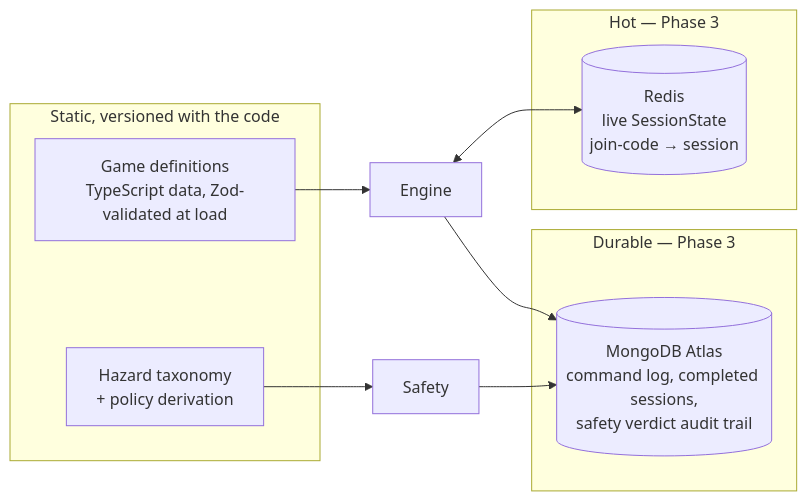
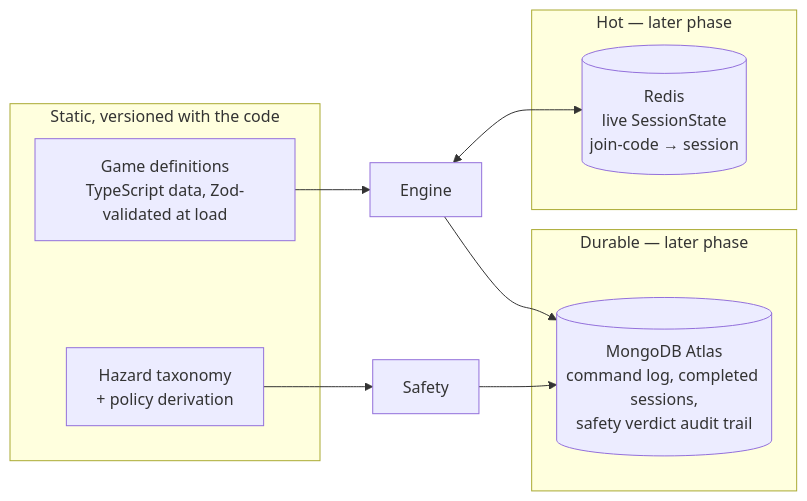
Before and after one commit to SHWETANK-SAURABH/touchgrass-game-master: the sixth of 9 diagrams in ARCHITECTURE.md, drawn with Mermaid. The commit also changed other lines of this file and 25 other files, not shown here.

````diff
--- a/ARCHITECTURE.md
+++ b/ARCHITECTURE.md
@@ -290,21 +322,21 @@
 ```mermaid
 flowchart LR
     subgraph Static["Static, versioned with the code"]
         Defs["Game definitions<br/>TypeScript data, Zod-validated at load"]
         Hazards["Hazard taxonomy<br/>+ policy derivation"]
     end
 
-    subgraph Hot["Hot — Phase 3"]
+    subgraph Hot["Hot — later phase"]
         R[("Redis<br/>live SessionState<br/>join-code → session")]
     end
 
-    subgraph Durable["Durable — Phase 3"]
+    subgraph Durable["Durable — later phase"]
         M[("MongoDB Atlas<br/>command log, completed sessions,<br/>safety verdict audit trail")]
     end
 
     Defs --> Engine["Engine"]
     Hazards --> Safety["Safety"]
     Engine <--> R
     Engine --> M
     Safety --> M
 ```
````
